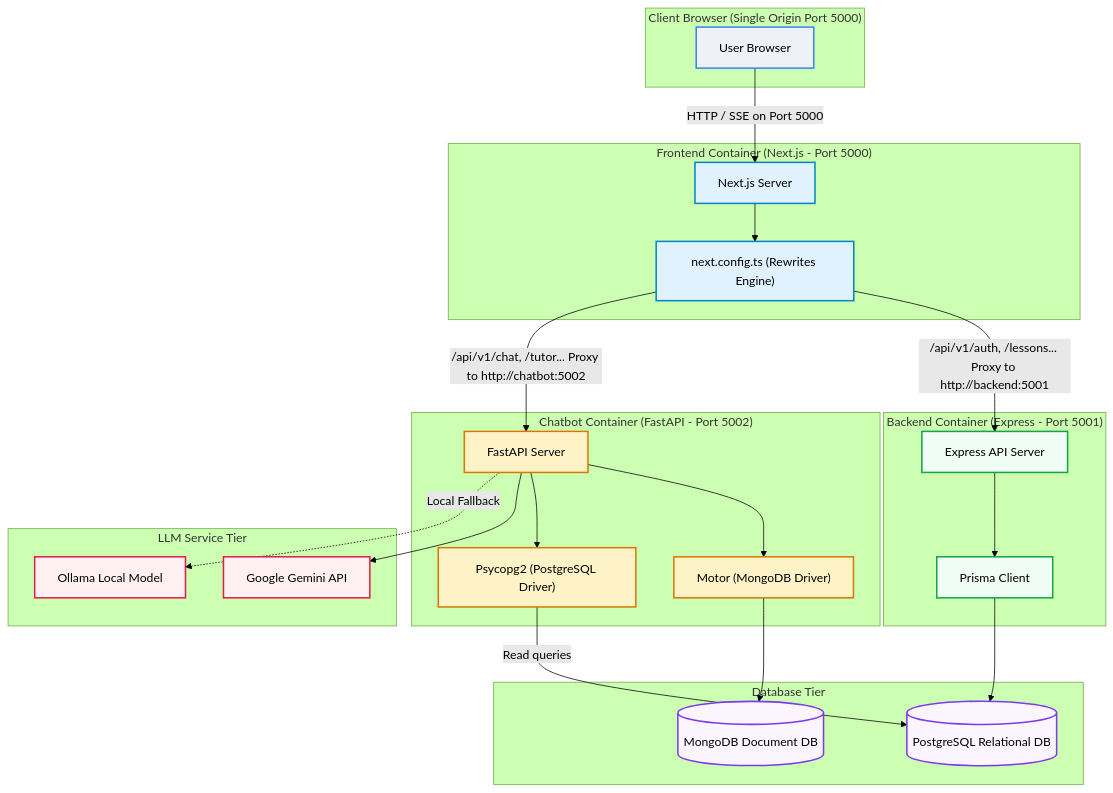
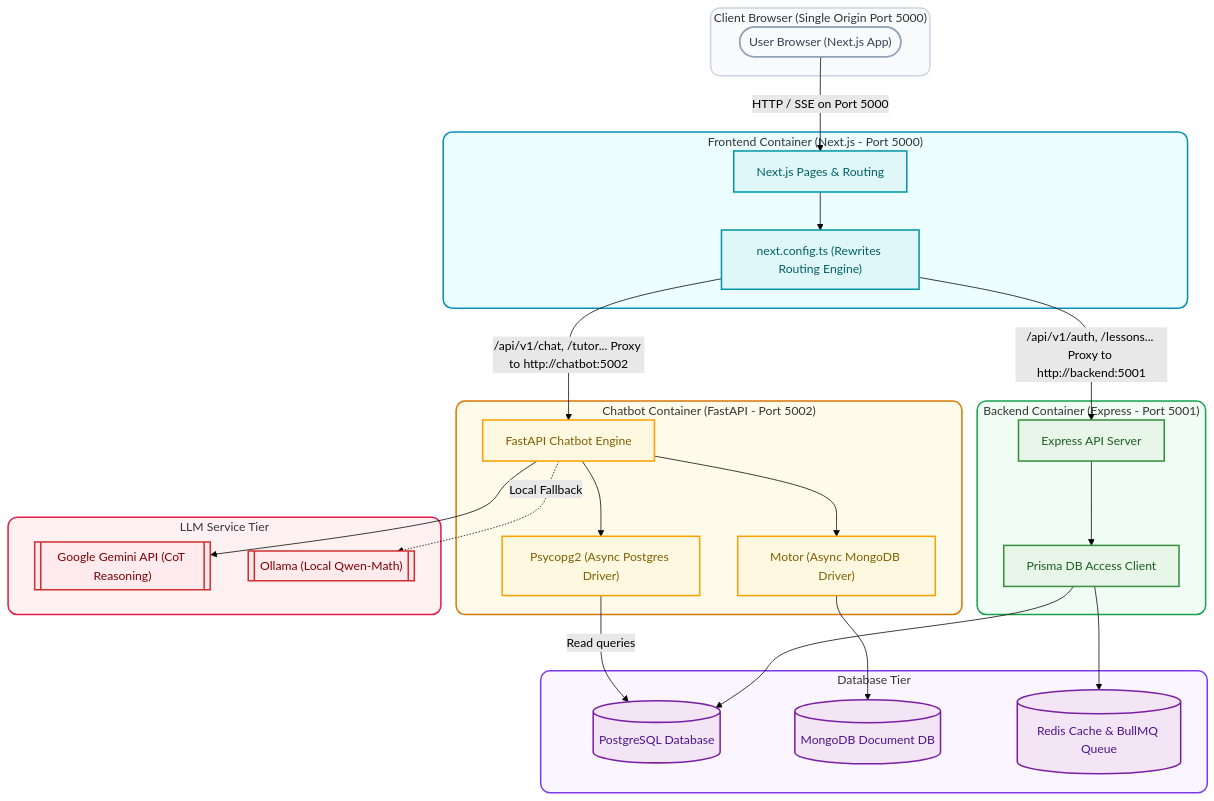
One commit to AnDDoanf/anhoc changed the diagram in README.md. Above: the diagram before and after it, drawn with Mermaid (forest theme). The commit also changed other lines of this file, not shown here.

````diff
--- a/README.md
+++ b/README.md
@@ -47,65 +51,75 @@
 ```mermaid
 flowchart TD
     subgraph Client ["Client Browser (Single Origin Port 5000)"]
-        Browser["User Browser"]
+        Browser(["User Browser (Next.js App)"])
     end
 
     subgraph FrontendService ["Frontend Container (Next.js - Port 5000)"]
-        NextJS["Next.js Server"]
-        NextConfig["next.config.ts (Rewrites Engine)"]
+        NextJS["Next.js Pages & Routing"]
+        NextConfig["next.config.ts (Rewrites Routing Engine)"]
         NextJS --> NextConfig
     end
 
     subgraph BackendService ["Backend Container (Express - Port 5001)"]
         Express["Express API Server"]
-        PrismaClient["Prisma Client"]
+        PrismaClient["Prisma DB Access Client"]
         Express --> PrismaClient
     end
 
     subgraph ChatbotService ["Chatbot Container (FastAPI - Port 5002)"]
-        FastAPI["FastAPI Server"]
-        Motor["Motor (MongoDB Driver)"]
-        Psycopg2["Psycopg2 (PostgreSQL Driver)"]
+        FastAPI["FastAPI Chatbot Engine"]
+        Motor["Motor (Async MongoDB Driver)"]
+        Psycopg2["Psycopg2 (Async Postgres Driver)"]
         FastAPI --> Motor
         FastAPI --> Psycopg2
     end
 
     subgraph Databases ["Database Tier"]
-        Postgres[(PostgreSQL Relational DB)]
-        MongoDB[(MongoDB Document DB)]
+        Postgres[("PostgreSQL Database")]
+        MongoDB[("MongoDB Document DB")]
+        Redis[("Redis Cache & BullMQ Queue")]
     end
 
     subgraph LLMTier ["LLM Service Tier"]
-        Gemini[Google Gemini API]
-        Ollama[Ollama Local Model]
+        Gemini[["Google Gemini API (CoT Reasoning)"]]
+        Ollama[["Ollama (Local Qwen-Math)"]]
     end
 
     %% Network routing
     Browser -->|HTTP / SSE on Port 5000| NextJS
     NextConfig -->|"/api/v1/auth, /lessons..." Proxy to http://backend:5001| Express
     NextConfig -->|"/api/v1/chat, /tutor..." Proxy to http://chatbot:5002| FastAPI
 
     %% Database queries
     PrismaClient --> Postgres
+    PrismaClient --> Redis
     Psycopg2 -->|Read queries| Postgres
     Motor --> MongoDB
 
     %% LLM integration
     FastAPI --> Gemini
     FastAPI -.->|Local Fallback| Ollama
 
-    %% Styling
-    classDef client fill:#eef2f7,stroke:#3b82f6,stroke-width:2px;
-    classDef fe fill:#e0f2fe,stroke:#0284c7,stroke-width:2px;
-    classDef be fill:#f0fdf4,stroke:#16a34a,stroke-width:2px;
-    classDef cb fill:#fef3c7,stroke:#d97706,stroke-width:2px;
-    classDef db fill:#faf5ff,stroke:#7c3aed,stroke-width:2px;
-    classDef llm fill:#fff1f2,stroke:#e11d48,stroke-width:2px;
+    %% Subgraph Styling
+    style Client fill:#f8fafc,stroke:#cbd5e1,stroke-width:2px,rx:12px;
+    style FrontendService fill:#ecfeff,stroke:#0891b2,stroke-width:2px,rx:12px;
+    style BackendService fill:#f0fdf4,stroke:#16a34a,stroke-width:2px,rx:12px;
+    style ChatbotService fill:#fffbeb,stroke:#d97706,stroke-width:2px,rx:12px;
+    style Databases fill:#faf5ff,stroke:#7c3aed,stroke-width:2px,rx:12px;
+    style LLMTier fill:#fff1f2,stroke:#e11d48,stroke-width:2px,rx:12px;
+
+    %% Node Styling Classes
+    classDef client fill:#f8fafc,stroke:#94a3b8,stroke-width:2px,color:#334155;
+    classDef fe fill:#e0f7fa,stroke:#0097a7,stroke-width:2px,color:#006064;
+    classDef be fill:#e8f5e9,stroke:#388e3c,stroke-width:2px,color:#1b5e20;
+    classDef cb fill:#fff8e1,stroke:#ffa000,stroke-width:2px,color:#7f5f00;
+    classDef db fill:#f3e5f5,stroke:#7b1fa2,stroke-width:2px,color:#4a148c;
+    classDef llm fill:#ffebee,stroke:#d32f2f,stroke-width:2px,color:#7f0000;
 
     class Browser client;
     class NextJS,NextConfig fe;
     class Express,PrismaClient be;
     class FastAPI,Motor,Psycopg2 cb;
-    class Postgres,MongoDB db;
+    class Postgres,MongoDB,Redis db;
     class Gemini,Ollama llm;
 ```
````
